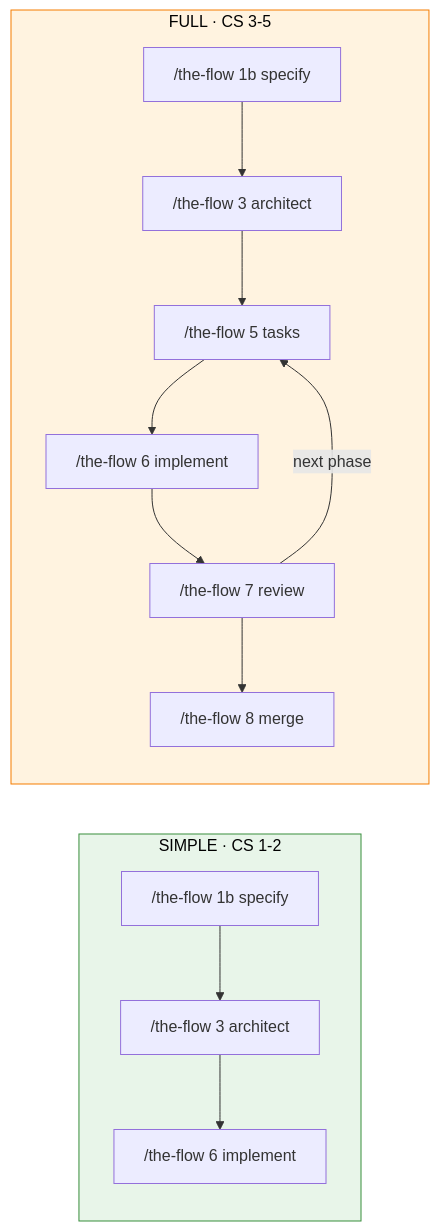
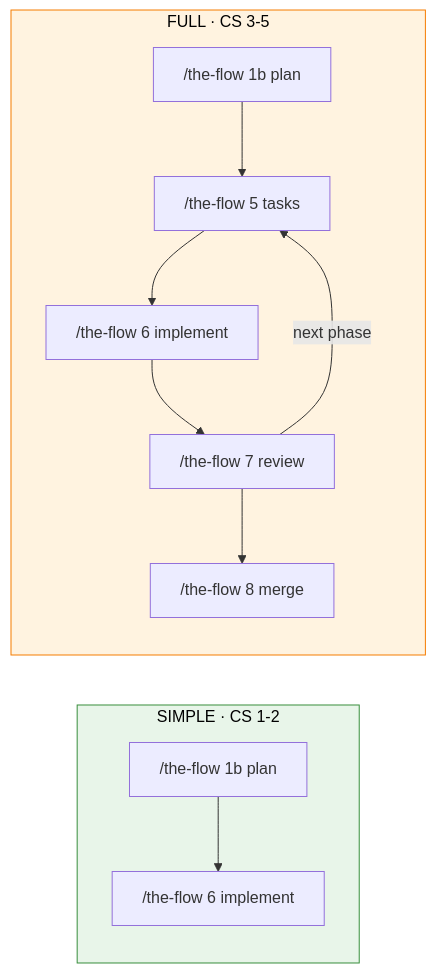
One commit to jakkaj/tools changed the second of 2 diagrams in skills/SDD/the-flow/references/getting-started.md. Above: the diagram before and after it, drawn with Mermaid. The commit also changed other lines of this file and 25 other files, not shown here.

````diff
--- a/skills/SDD/the-flow/references/getting-started.md
+++ b/skills/SDD/the-flow/references/getting-started.md
@@ -125,20 +122,20 @@
 ```mermaid
 flowchart LR
     classDef s fill:#e8f5e9,stroke:#388e3c,color:#000
     classDef f fill:#fff3e0,stroke:#f57c00,color:#000
 
     subgraph simple["SIMPLE · CS 1-2"]
         direction TB
-        S1["/the-flow 1b specify"] --> S2["/the-flow 3 architect"] --> S3["/the-flow 6 implement"]
+        S1["/the-flow 1b plan"] --> S3["/the-flow 6 implement"]
     end
 
     subgraph full["FULL · CS 3-5"]
         direction TB
-        F1["/the-flow 1b specify"] --> F2["/the-flow 3 architect"] --> F3["/the-flow 5 tasks"] --> F4["/the-flow 6 implement"] --> F5["/the-flow 7 review"]
+        F1["/the-flow 1b plan"] --> F3["/the-flow 5 tasks"] --> F4["/the-flow 6 implement"] --> F5["/the-flow 7 review"]
         F5 -->|next phase| F3
         F5 --> F6["/the-flow 8 merge"]
     end
 
     class simple s
     class full f
 ```
````
